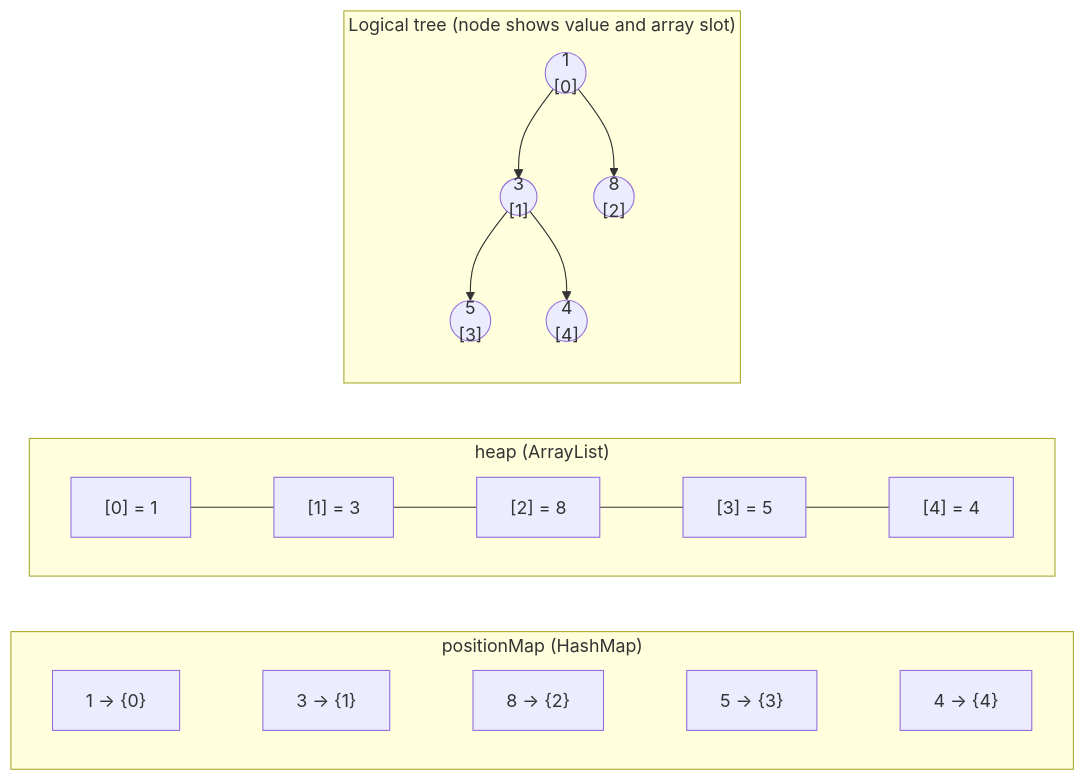
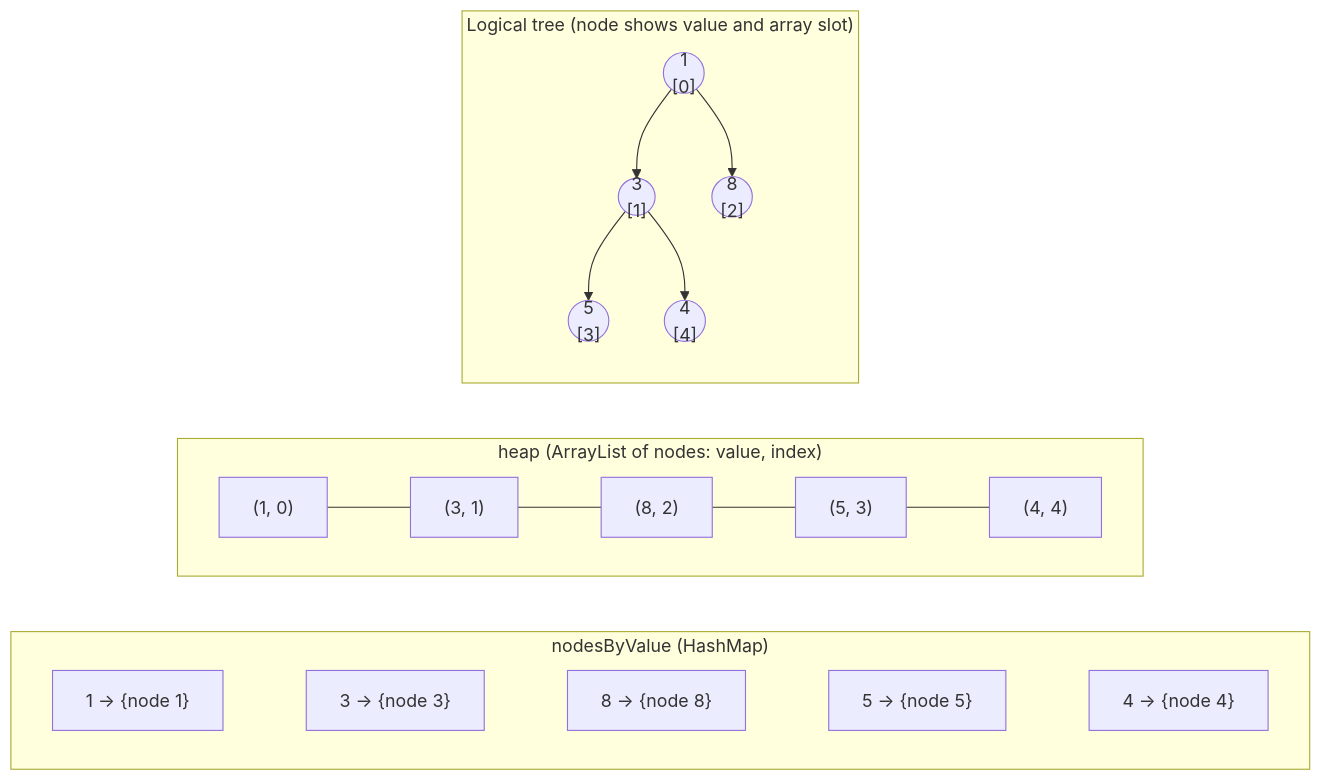
One commit to deyindra/System_Design changed the third of 10 diagrams in ds/README.md. Above: the diagram before and after it, drawn with Mermaid. The commit also changed other lines of this file and 2 other files, not shown here.

````diff
--- a/ds/README.md
+++ b/ds/README.md
@@ -107,22 +260,22 @@
 ```mermaid
 flowchart TB
     subgraph tree["Logical tree (node shows value and array slot)"]
         direction TB
         n0(("1<br/>[0]")) --> n1(("3<br/>[1]"))
         n0 --> n2(("8<br/>[2]"))
         n1 --> n3(("5<br/>[3]"))
         n1 --> n4(("4<br/>[4]"))
     end
 
-    subgraph array["heap (ArrayList)"]
+    subgraph array["heap (ArrayList of nodes: value, index)"]
         direction LR
-        a0["[0] = 1"] --- a1["[1] = 3"] --- a2["[2] = 8"] --- a3["[3] = 5"] --- a4["[4] = 4"]
+        a0["(1, 0)"] --- a1["(3, 1)"] --- a2["(8, 2)"] --- a3["(5, 3)"] --- a4["(4, 4)"]
     end
 
-    subgraph index["positionMap (HashMap)"]
+    subgraph index["nodesByValue (HashMap)"]
         direction LR
-        k1["1 → {0}"] ~~~ k3["3 → {1}"] ~~~ k8["8 → {2}"] ~~~ k5["5 → {3}"] ~~~ k4["4 → {4}"]
+        k1["1 → {node 1}"] ~~~ k3["3 → {node 3}"] ~~~ k8["8 → {node 8}"] ~~~ k5["5 → {node 5}"] ~~~ k4["4 → {node 4}"]
     end
 
     tree ~~~ array ~~~ index
 ```
````
